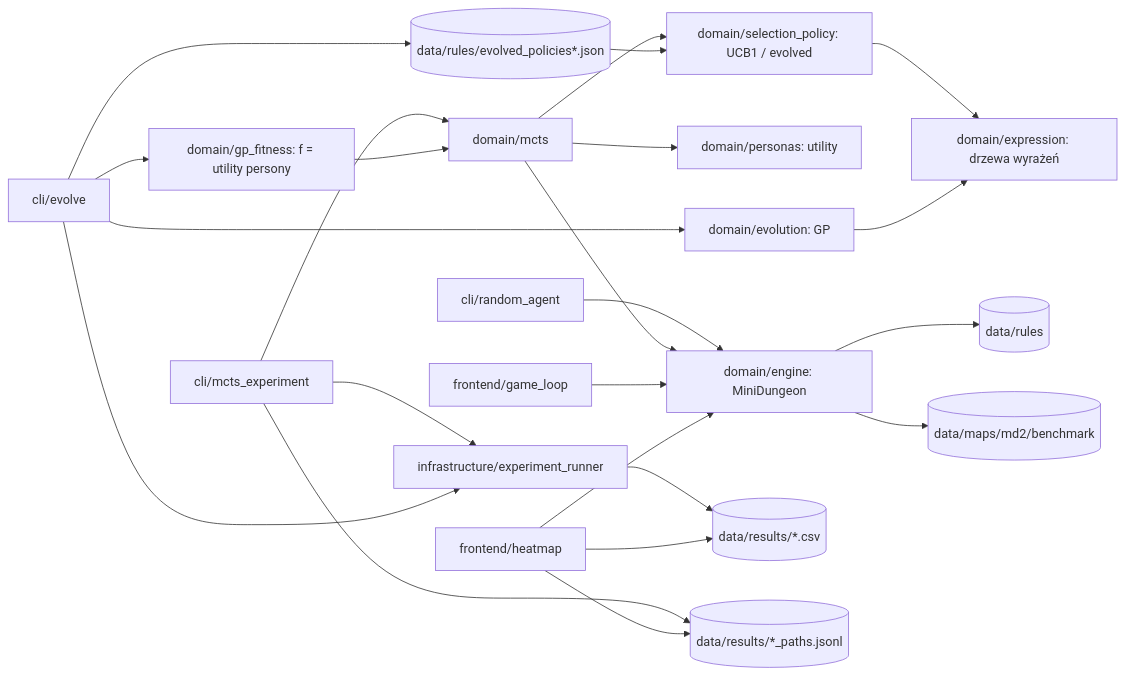
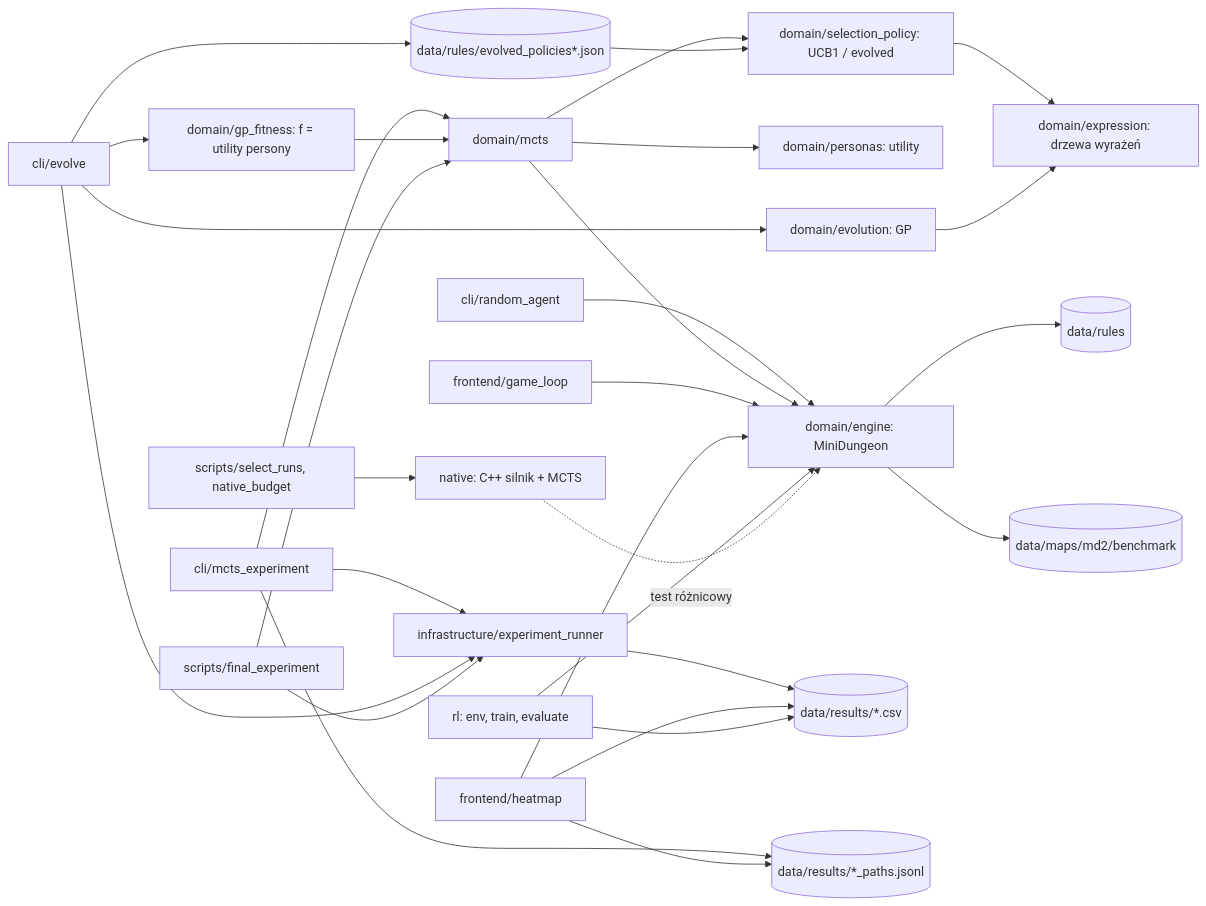
Before and after one commit to Urteusz/AutomatedPlaytestingMCTS: the diagram in README.md, drawn with Mermaid. The commit also changed other lines of this file and 25 other files, not shown here.

````diff
--- a/README.md
+++ b/README.md
@@ -18,25 +21,31 @@
 ```mermaid
 flowchart LR
     Exp[cli/mcts_experiment] --> MCTS[domain/mcts]
     Exp --> Run[infrastructure/experiment_runner]
     Rnd[cli/random_agent] --> Env
     MCTS --> Env[domain/engine: MiniDungeon]
     MCTS --> Pers[domain/personas: utility]
     MCTS --> Pol[domain/selection_policy: UCB1 / evolved]
     Pol --> Expr[domain/expression: drzewa wyrażeń]
     Evo[domain/evolution: GP] --> Expr
     Evl[cli/evolve] --> Evo
     Evl --> Run
     Evl --> Fit[domain/gp_fitness: f = utility persony]
     Fit --> MCTS
     Evl --> Pols[(data/rules/evolved_policies*.json)]
     Pols --> Pol
     Env --> Rules[(data/rules)]
     Env --> Maps[(data/maps/md2/benchmark)]
     Run --> Results[(data/results/*.csv)]
     Exp --> Traces[(data/results/*_paths.jsonl)]
     Play[frontend/game_loop] --> Env
     Heat[frontend/heatmap] --> Env
     Heat --> Traces
     Heat --> Results
+    Fin[scripts/final_experiment] --> MCTS
+    Fin --> Run
+    RL[rl: env, train, evaluate] --> Env
+    RL --> Results
+    Nat[native: C++ silnik + MCTS] -. test różnicowy .-> Env
+    Sel[scripts/select_runs, native_budget] --> Nat
 ```
````
